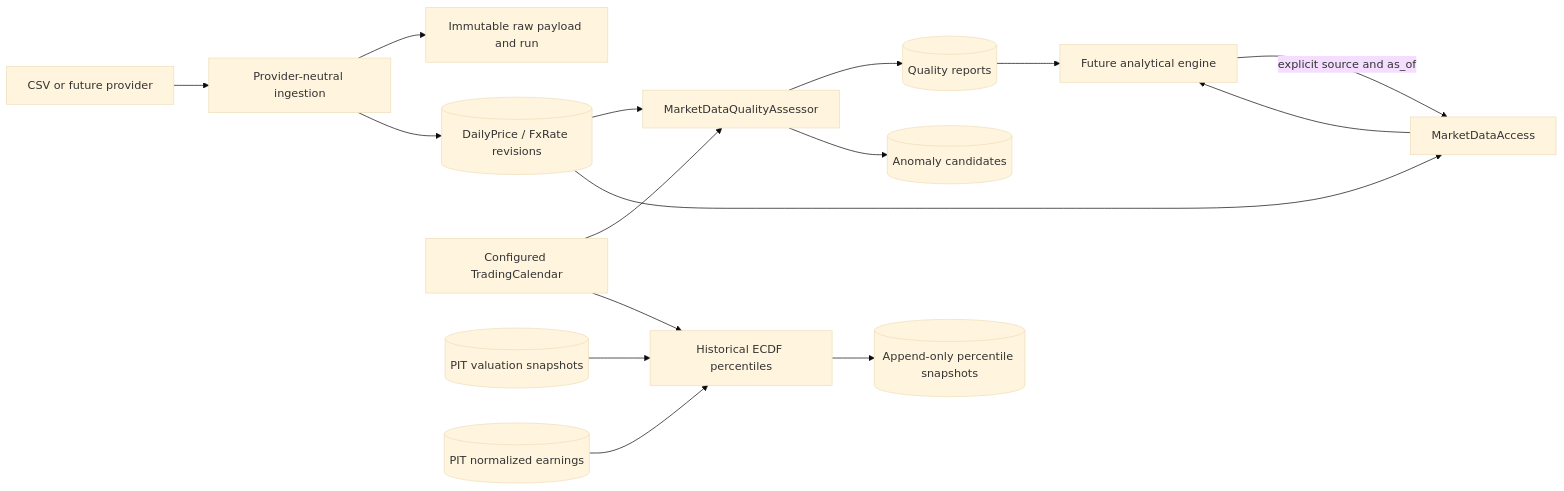
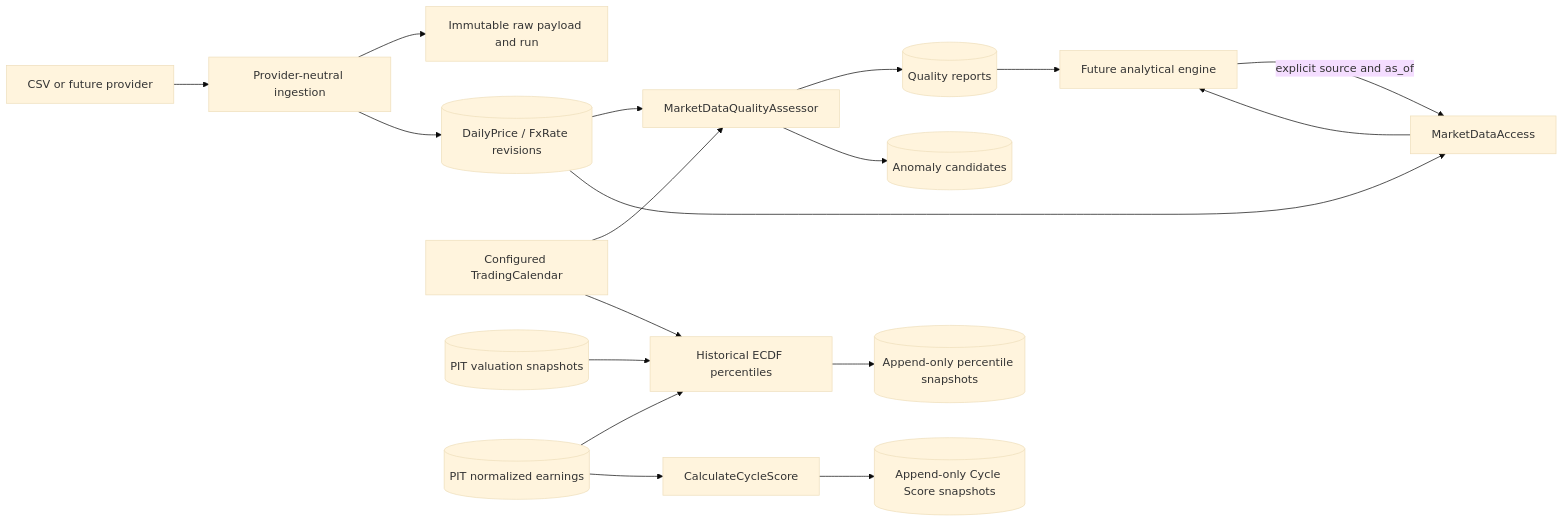
One commit to yanqzhi/CycleScore changed the diagram in docs/ENGINE_SPEC.md. Above: the diagram before and after it, drawn with Mermaid (base theme). The commit also changed other lines of this file and 21 other files, not shown here.

Commit message:
Implement earnings Cycle Score v1

````diff
--- a/docs/ENGINE_SPEC.md
+++ b/docs/ENGINE_SPEC.md
@@ -9,18 +9,20 @@
 ```mermaid
 flowchart LR
     Provider[CSV or future provider] --> Ingestion[Provider-neutral ingestion]
     Ingestion --> Raw[Immutable raw payload and run]
     Ingestion --> Market[(DailyPrice / FxRate revisions)]
     Market --> Assess[MarketDataQualityAssessor]
     Calendar[Configured TradingCalendar] --> Assess
     Assess --> Reports[(Quality reports)]
     Assess --> Anomalies[(Anomaly candidates)]
     Market --> Query[MarketDataAccess]
     Reports --> Consumer[Future analytical engine]
     Query --> Consumer
     Consumer -->|explicit source and as_of| Query
     Valuation[(PIT valuation snapshots)] --> Percentile[Historical ECDF percentiles]
     Earnings[(PIT normalized earnings)] --> Percentile
     Calendar --> Percentile
     Percentile --> PercentileSnapshots[(Append-only percentile snapshots)]
+    Earnings --> Cycle[CalculateCycleScore]
+    Cycle --> CycleSnapshots[(Append-only Cycle Score snapshots)]
 ```
````
